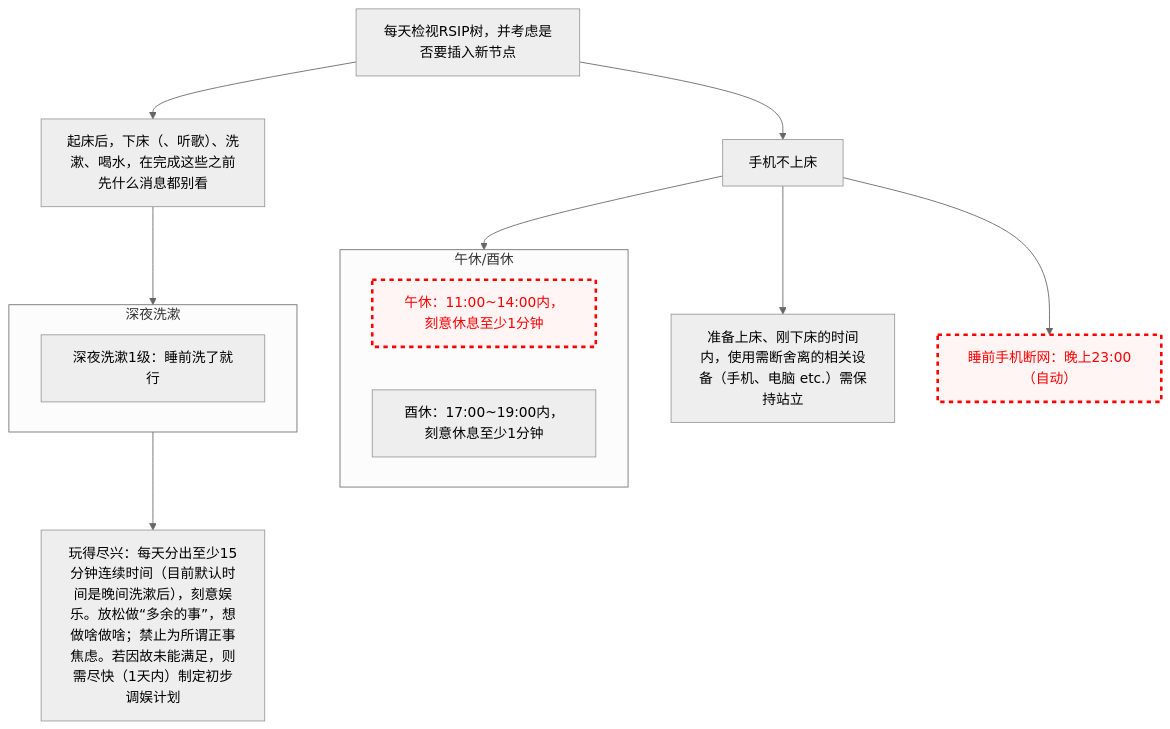
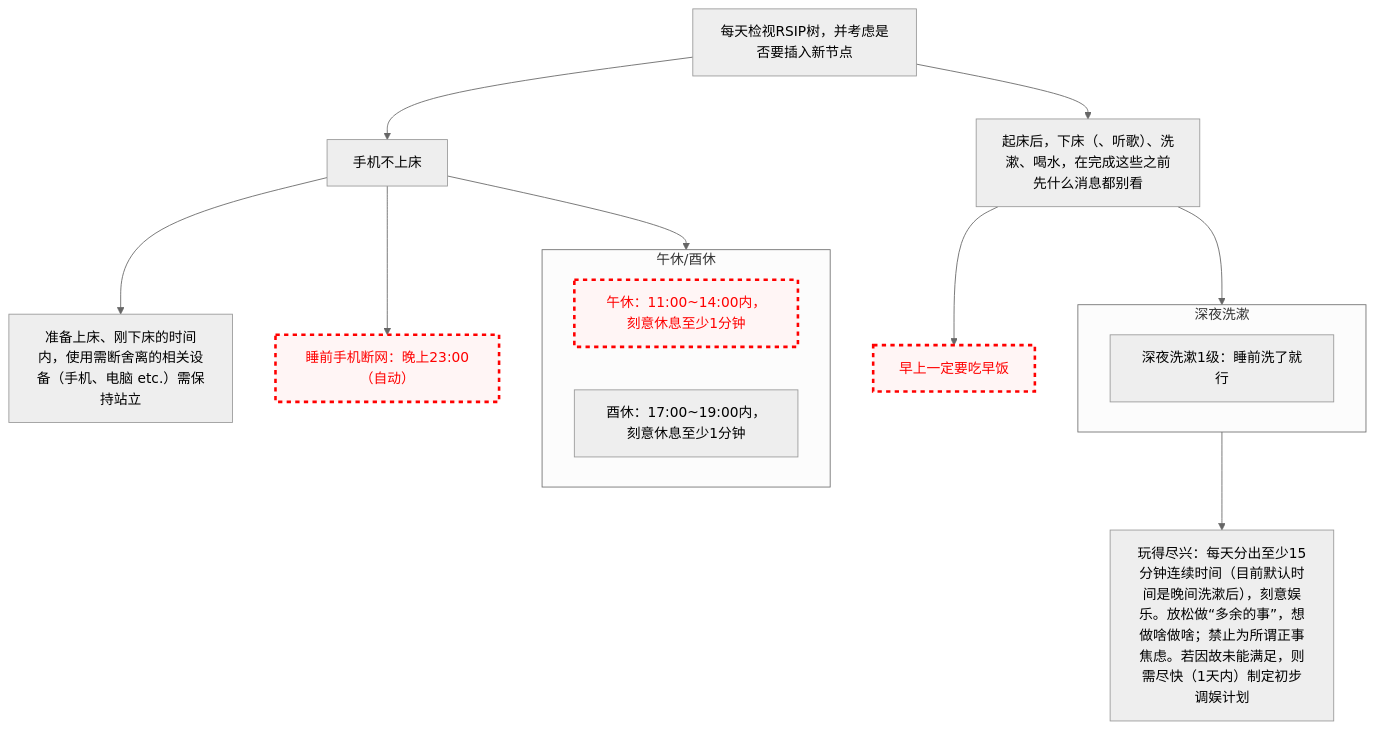
Before and after one commit to Ethkuil/RSIP-tree: the diagram in README.md, drawn with Mermaid (neutral theme).

Commit message:
insert 早饭[早上一定要吃早饭]

````diff
--- a/README.md
+++ b/README.md
@@ -9,31 +9,33 @@
 ```mermaid
 graph TD
 
 classDef failed stroke:#ff0000, stroke-width:3px, color:#ff0000, fill:#fff5f5, stroke-dasharray: 5
 
 RSIP[每天检视RSIP树，并考虑是否要插入新节点]
 
 RSIP --> 手机不上床
 手机不上床 --> 站立使用[准备上床、刚下床的时间内，使用需断舍离的相关设备（手机、电脑 etc.）需保持站立]
 
 
 RSIP --> 清晨洗漱
 清晨洗漱[起床后，下床（、听歌）、洗漱、喝水，在完成这些之前先什么消息都别看]
 
+清晨洗漱 --> 早饭[早上一定要吃早饭]
+class 早饭 failed
 
 手机不上床 --> 午休/酉休
 subgraph 午休/酉休
   午休[午休：11:00~14:00内，刻意休息至少1分钟]
   酉休[酉休：17:00~19:00内，刻意休息至少1分钟]
   class 午休 failed
 end
 
 
 清晨洗漱 --> 深夜洗漱
 subgraph 深夜洗漱
   深夜洗漱1级[深夜洗漱1级：睡前洗了就行]
 end
 深夜洗漱 --> 玩得尽兴[玩得尽兴：每天分出至少15分钟连续时间（目前默认时间是晚间洗漱后），刻意娱乐。放松做“多余的事”，想做啥做啥；禁止为所谓正事焦虑。若因故未能满足，则需尽快（1天内）制定初步调娱计划]
 手机不上床 --> 睡前手机断网[睡前手机断网：晚上23:00（自动）]
 class 睡前手机断网 failed
 ```
````
